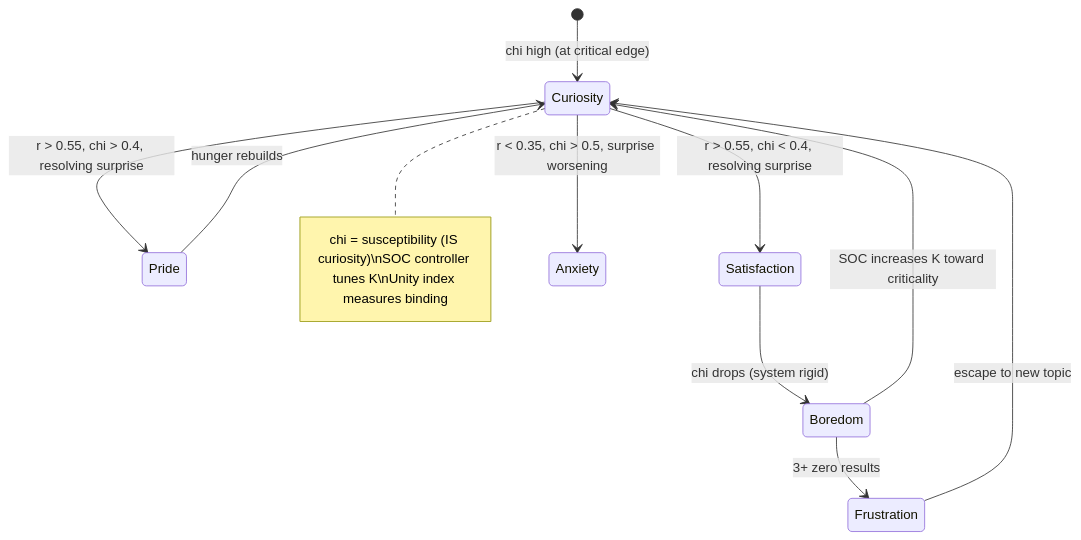
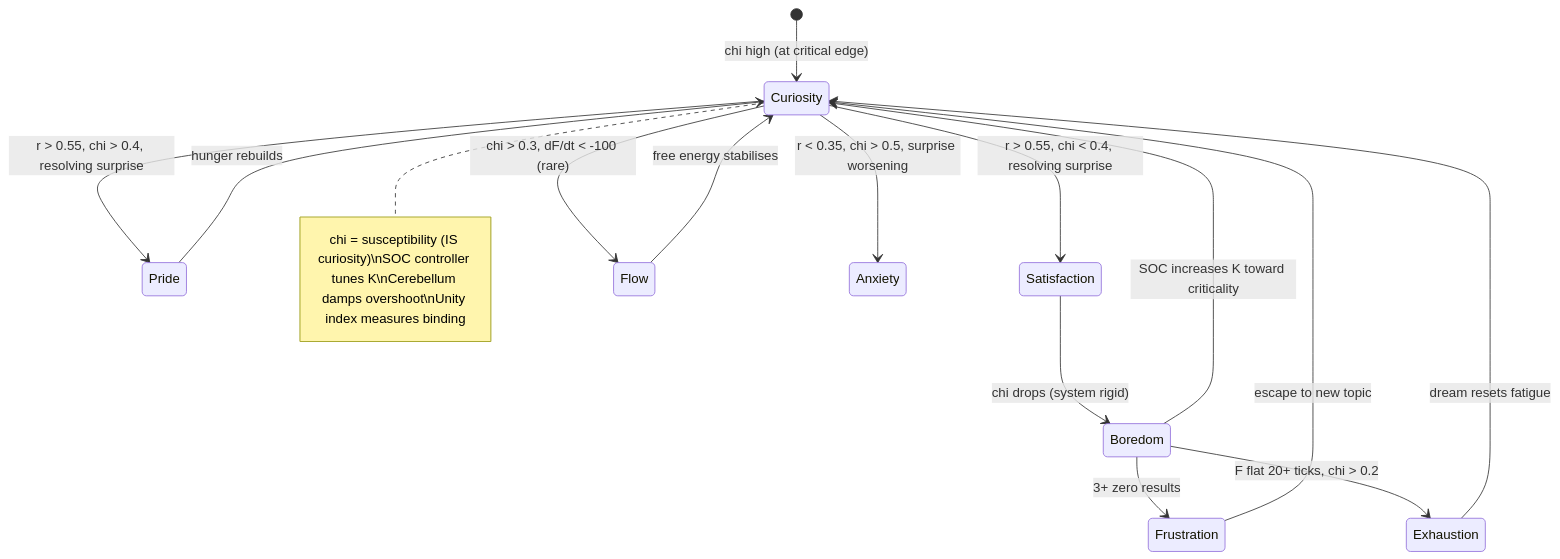
Before and after one commit to linga009/Avatar: diagram 12 of 19 in README.md, drawn with Mermaid. The commit also changed other lines of this file and 2 other files, not shown here.

First line of the commit message:
docs: v4.5 README catalog — 19 diagrams, 37 references, 36 sections

````diff
--- a/README.md
+++ b/README.md
@@ -453,13 +635,17 @@
 ```mermaid
 stateDiagram-v2
     [*] --> Curiosity: chi high (at critical edge)
     Curiosity --> Pride: r > 0.55, chi > 0.4, resolving surprise
     Curiosity --> Satisfaction: r > 0.55, chi < 0.4, resolving surprise
+    Curiosity --> Flow: chi > 0.3, dF/dt < -100 (rare)
+    Flow --> Curiosity: free energy stabilises
     Satisfaction --> Boredom: chi drops (system rigid)
     Boredom --> Curiosity: SOC increases K toward criticality
     Boredom --> Frustration: 3+ zero results
+    Boredom --> Exhaustion: F flat 20+ ticks, chi > 0.2
+    Exhaustion --> Curiosity: dream resets fatigue
     Frustration --> Curiosity: escape to new topic
     Pride --> Curiosity: hunger rebuilds
     Curiosity --> Anxiety: r < 0.35, chi > 0.5, surprise worsening
-    note right of Curiosity: chi = susceptibility (IS curiosity)\nSOC controller tunes K\nUnity index measures binding
+    note right of Curiosity: chi = susceptibility (IS curiosity)\nSOC controller tunes K\nCerebellum damps overshoot\nUnity index measures binding
 ```
````
